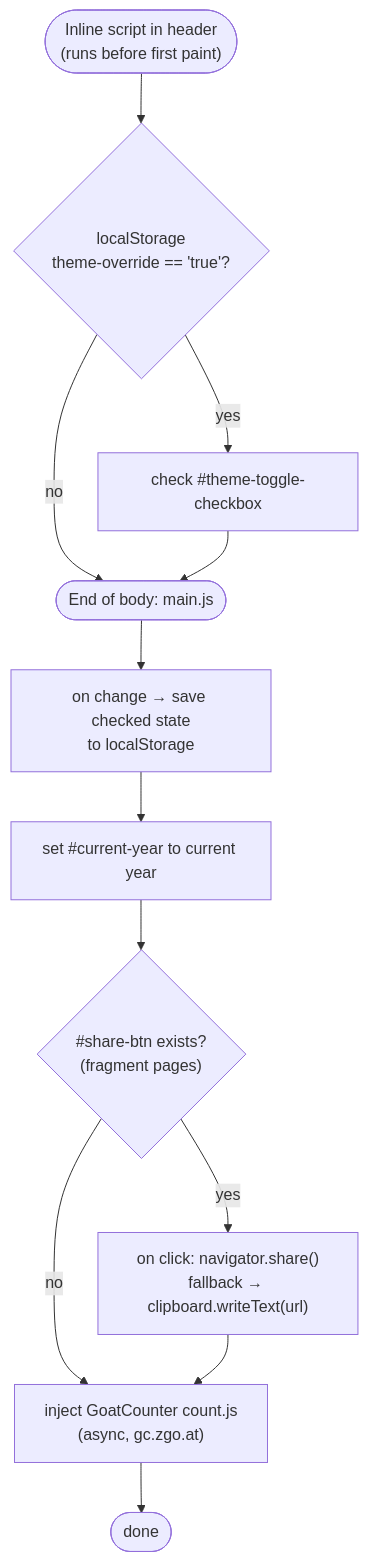
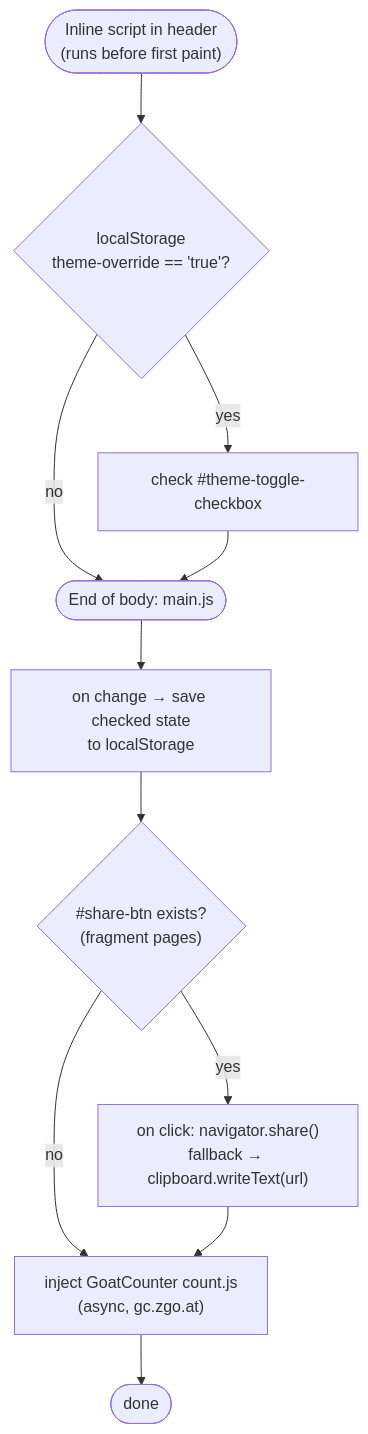
Before and after one commit to raoul-g/raoulyy-blog: the seventh of 9 diagrams in ARCHITECTURE.md, drawn with Mermaid. The commit also changed other lines of this file and 4 other files, not shown here.

````diff
--- a/ARCHITECTURE.md
+++ b/ARCHITECTURE.md
@@ -234,14 +234,13 @@
 ```mermaid
 flowchart TD
     INLINE(["Inline script in header<br/>(runs before first paint)"]) --> T1
     T1{"localStorage<br/>theme-override == 'true'?"} -- yes --> T2["check #theme-toggle-checkbox"]
     T1 -- no --> LOAD
     T2 --> LOAD
     LOAD(["End of body: main.js"]) --> T3["on change → save checked state<br/>to localStorage"]
-    T3 --> Y["set #current-year to current year"]
-    Y --> S{"#share-btn exists?<br/>(fragment pages)"}
+    T3 --> S{"#share-btn exists?<br/>(fragment pages)"}
     S -- yes --> S2["on click: navigator.share()<br/>fallback → clipboard.writeText(url)"]
     S -- no --> G
     S2 --> G["inject GoatCounter count.js<br/>(async, gc.zgo.at)"]
     G --> END(["done"])
 ```
````
